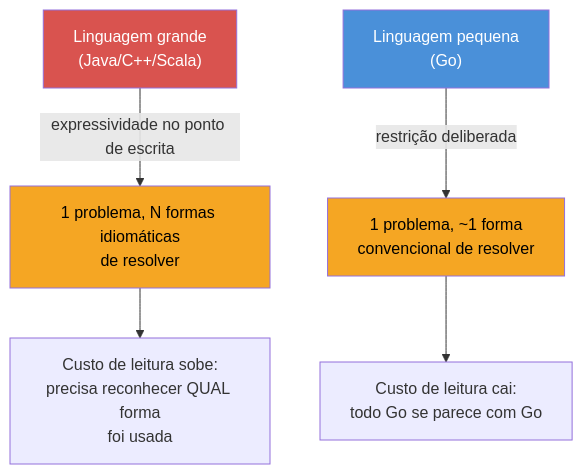
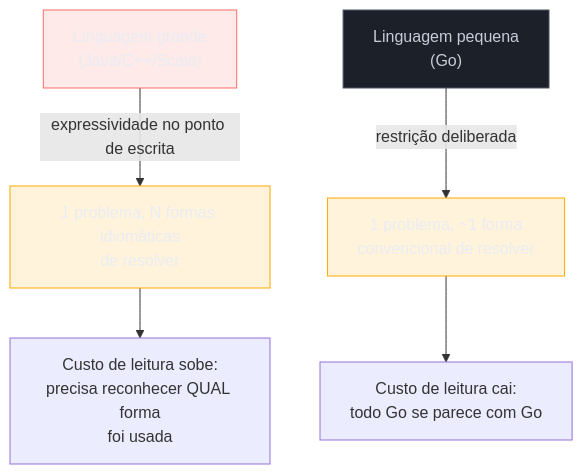
The first of 2 diagrams in 03-Dominios/Tecnologia/Go/20 - Go idiomático/07 - Escrevendo Go que não parece Java.md (josenaldo/codex-technomanticus), drawn with Mermaid before and after one commit. The commit also changed other lines of this file and 1181 other files, not shown here.

First line of the commit message:
fix(diagramas): paleta do sistema no lugar de cor cravada no markdown

````diff
--- a/03-Dominios/Tecnologia/Go/20 - Go idiomático/07 - Escrevendo Go que não parece Java.md
+++ b/03-Dominios/Tecnologia/Go/20 - Go idiomático/07 - Escrevendo Go que não parece Java.md
@@ -64,13 +64,16 @@
 ```mermaid
 flowchart TD
+    classDef falha fill:#FF6B6B24,stroke:#FF6B6B,color:#E9ECF2
+    classDef neutro fill:#1B2029,stroke:#4E5666,color:#C6CCD8
+    classDef destaque fill:#FFAA0024,stroke:#FFAA00,color:#E9ECF2
     A["Linguagem grande\n(Java/C++/Scala)"] -->|"expressividade no ponto de escrita"| B["1 problema, N formas idiomáticas\nde resolver"]
     B --> C["Custo de leitura sobe:\nprecisa reconhecer QUAL forma\nfoi usada"]
 
     D["Linguagem pequena\n(Go)"] -->|"restrição deliberada"| E["1 problema, ~1 forma\nconvencional de resolver"]
     E --> F["Custo de leitura cai:\ntodo Go se parece com Go"]
 
-    style A fill:#D9534F,color:#fff
-    style D fill:#4A90D9,color:#fff
-    style B fill:#F5A623,color:#000
-    style E fill:#F5A623,color:#000
+    class A falha
+    class D neutro
+    class B destaque
+    class E destaque
 ```
````
